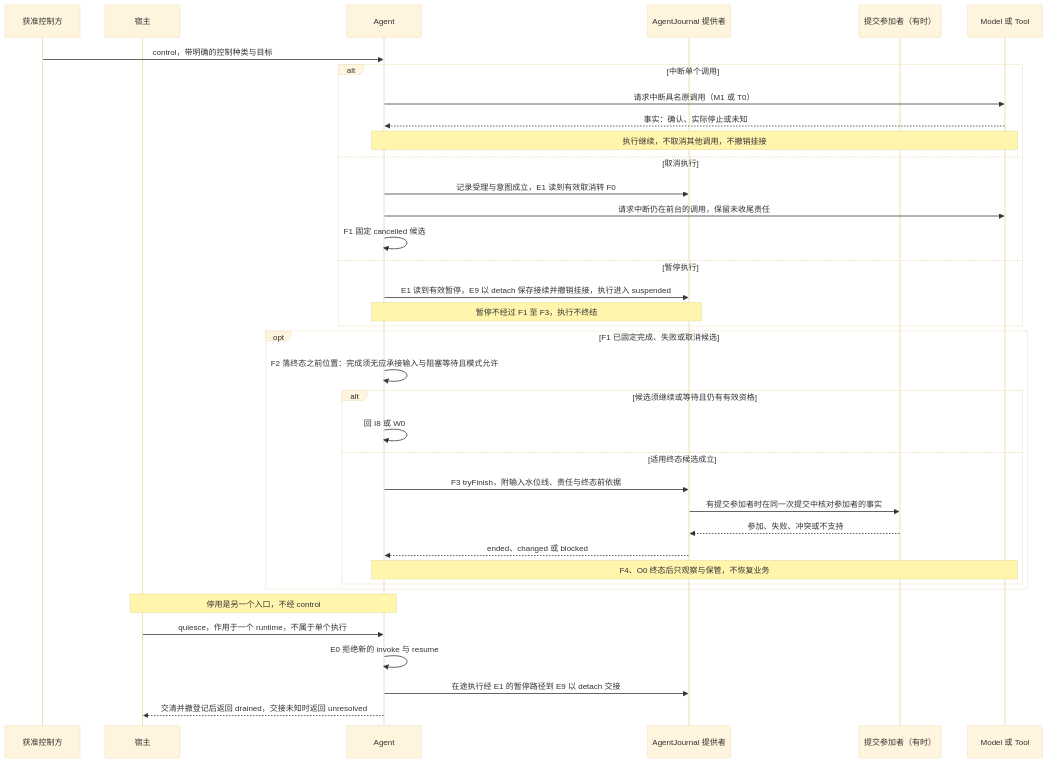
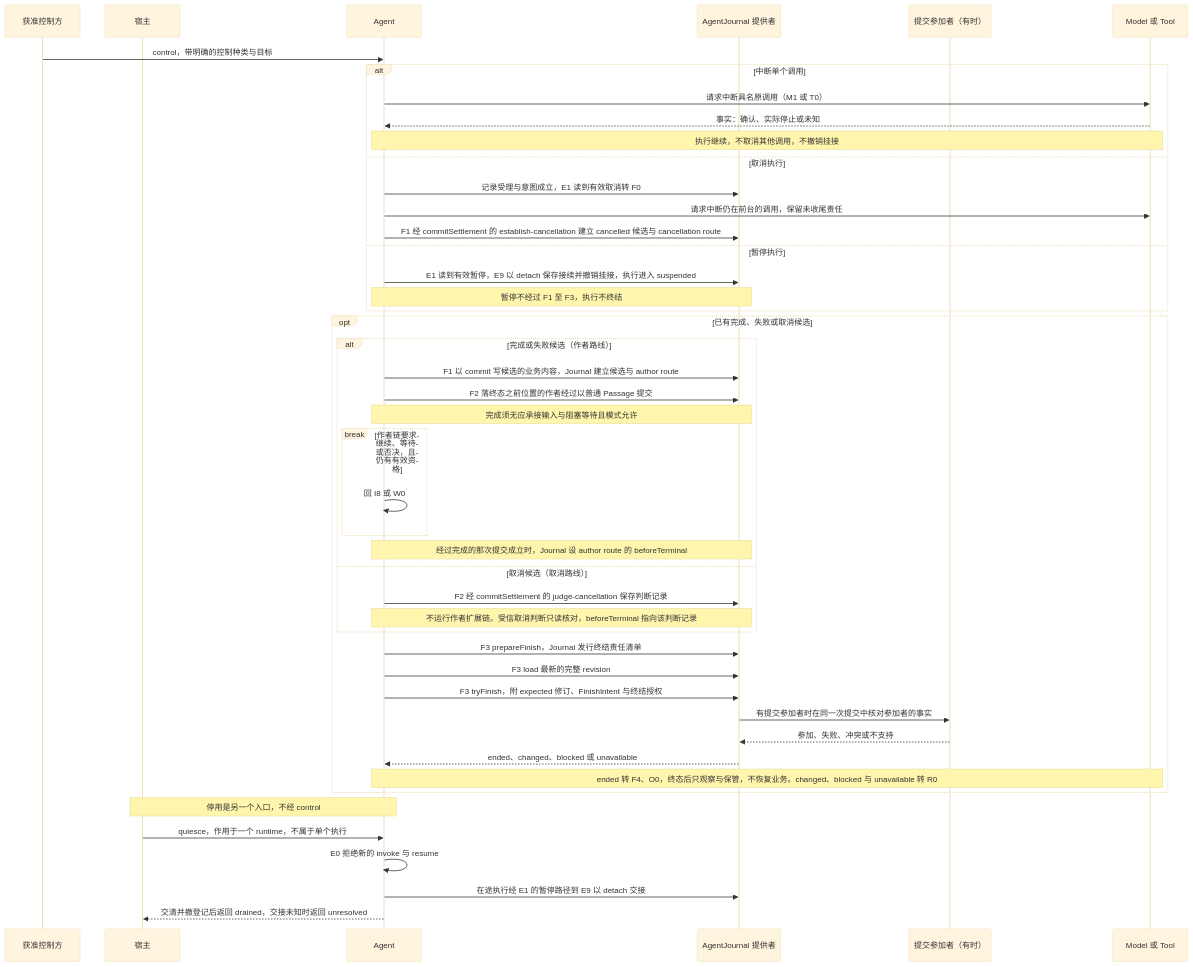
Before and after one commit to nemori-ai/omne-harness-lite: the fifth of 8 diagrams in packages/agent/agent-contract/docs/flows/scenarios.md, drawn with Mermaid (base theme). The commit also changed other lines of this file and 2 other files, not shown here.

Commit message:
docs(agent-contract): F-AG05 与两张终结时序图按取消路线与 F3 三步重画（#673）
为什么：PR #963 文档评审 H-1（阻断）、G-1、L-3、G-5。F-AG05 仍让取消候选进入
作者的落终态之前位置，与产品页 rev 4、架构页、SPEC「条件终结」「取消判断与路线」、
节点表 F0～F3 与 SC-AG-150 矛盾；context 与 object-model 的两张图直接调用
tryFinish，缺 prepareFinish 与 load，返回分支缺 unavailable。

改了什么：
- flows/scenarios.md F-AG05：取消分支为 F0 → F1 commitSettlement
  establish-cancellation → F2 judge-cancellation（不运行作者扩展链）→ F3；完成与
  失败候选走 F1 commit 与 F2 作者经过（继续、等待或否决回 I8 或 W0）；两条路线在
  F3 都先 prepareFinish、再 load、再 tryFinish，返回 ended、changed、blocked、
  unavailable。图下说明改为完成与失败候选可被继续、等待或否决，取消候选由受信取消
  判断只读核对，并指向 SPEC「取消判断与路线」。
- docs/context.md 与 docs/object-model.md 的终结时序图在 tryFinish 前加
  prepareFinish 与 load，返回分支补 unavailable；object-model 状态表「条件终结」行
  的 unavailable 条件改为引用 SPEC「条件终结」的结果表。

怎样验证：pnpm run check:docs、pnpm run format:check、pnpm run check:design
均退出 0。Mermaid 未做渲染验证。

Harness: claude-code
Agent-Role: developer

````diff
--- a/packages/agent/agent-contract/docs/flows/scenarios.md
+++ b/packages/agent/agent-contract/docs/flows/scenarios.md
@@ -167,39 +167,48 @@
 ```mermaid
 sequenceDiagram
     participant U as 获准控制方
     participant H as 宿主
     participant A as Agent
     participant J as AgentJournal 提供者
     participant P as 提交参加者（有时）
     participant X as Model 或 Tool
     U->>A: control，带明确的控制种类与目标
     alt 中断单个调用
         A->>X: 请求中断具名原调用（M1 或 T0）
         X-->>A: 事实：确认、实际停止或未知
         Note over A,X: 执行继续，不取消其他调用，不撤销挂接
     else 取消执行
         A->>J: 记录受理与意图成立，E1 读到有效取消转 F0
         A->>X: 请求中断仍在前台的调用，保留未收尾责任
-        A->>A: F1 固定 cancelled 候选
+        A->>J: F1 经 commitSettlement 的 establish-cancellation 建立 cancelled 候选与 cancellation route
     else 暂停执行
         A->>J: E1 读到有效暂停，E9 以 detach 保存接续并撤销挂接，执行进入 suspended
         Note over A,J: 暂停不经过 F1 至 F3，执行不终结
     end
-    opt F1 已固定完成、失败或取消候选
-        A->>A: F2 落终态之前位置：完成须无应承接输入与阻塞等待且模式允许
-        alt 候选须继续或等待且仍有有效资格
-            A->>A: 回 I8 或 W0
-        else 适用终态候选成立
-            A->>J: F3 tryFinish，附输入水位线、责任与终态前依据
-            J->>P: 有提交参加者时在同一次提交中核对参加者的事实
-            P-->>J: 参加、失败、冲突或不支持
-            J-->>A: ended、changed 或 blocked
-            Note over A,X: F4、O0 终态后只观察与保管，不恢复业务
+    opt 已有完成、失败或取消候选
+        alt 完成或失败候选（作者路线）
+            A->>J: F1 以 commit 写候选的业务内容，Journal 建立候选与 author route
+            A->>J: F2 落终态之前位置的作者经过以普通 Passage 提交
+            Note over A,J: 完成须无应承接输入与阻塞等待且模式允许
+            break 作者链要求继续、等待或否决，且仍有有效资格
+                A->>A: 回 I8 或 W0
+            end
+            Note over A,J: 经过完成的那次提交成立时，Journal 设 author route 的 beforeTerminal
+        else 取消候选（取消路线）
+            A->>J: F2 经 commitSettlement 的 judge-cancellation 保存判断记录
+            Note over A,J: 不运行作者扩展链。受信取消判断只读核对，beforeTerminal 指向该判断记录
         end
+        A->>J: F3 prepareFinish，Journal 发行终结责任清单
+        A->>J: F3 load 最新的完整 revision
+        A->>J: F3 tryFinish，附 expected 修订、FinishIntent 与终结授权
+        J->>P: 有提交参加者时在同一次提交中核对参加者的事实
+        P-->>J: 参加、失败、冲突或不支持
+        J-->>A: ended、changed、blocked 或 unavailable
+        Note over A,X: ended 转 F4、O0，终态后只观察与保管，不恢复业务。changed、blocked 与 unavailable 转 R0
     end
     Note over H,A: 停用是另一个入口，不经 control
     H->>A: quiesce，作用于一个 runtime，不属于单个执行
     A->>A: E0 拒绝新的 invoke 与 resume
     A->>J: 在途执行经 E1 的暂停路径到 E9 以 detach 交接
     A-->>H: 交清并撤登记后返回 drained，交接未知时返回 unresolved
 ```
````
